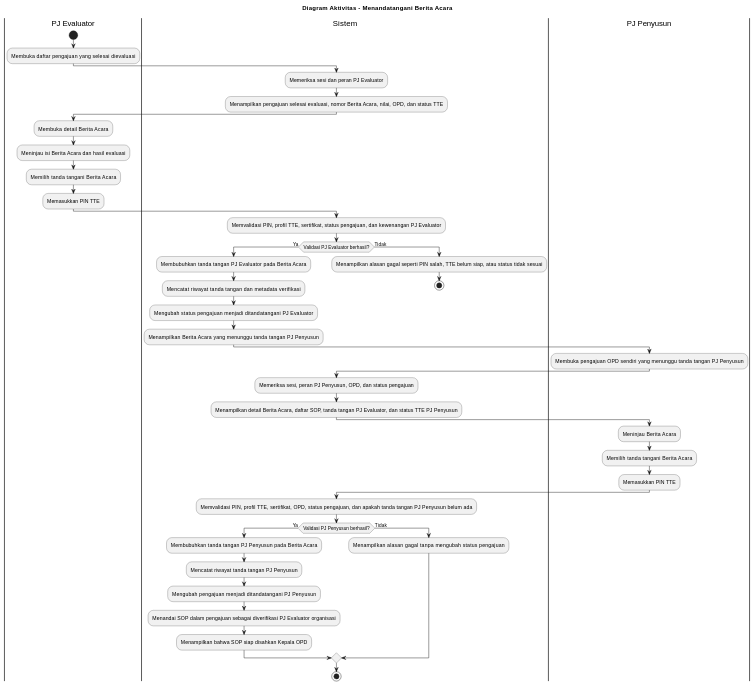
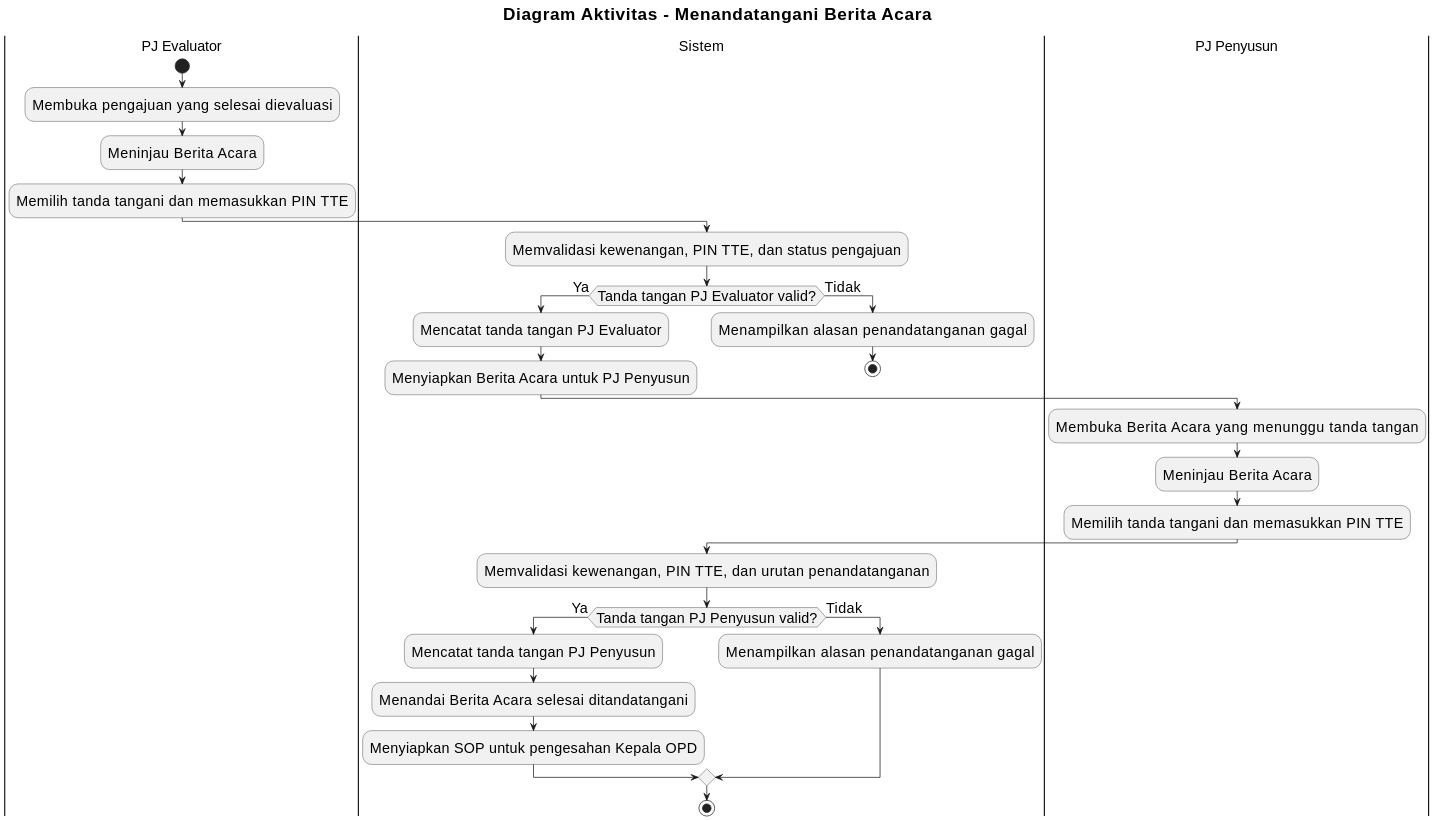
One commit to howlil/sop-generate-app changed the diagram in docs/activity-diagram/pj-evaluator-pj-penyusun-menandatangani-berita-acara.md. Above: the diagram before and after it, drawn with PlantUML. The commit also changed other lines of this file and 20 other files, not shown here.

Commit message:
docs(activity): align all activity diagrams with use cases

````diff
--- a/docs/activity-diagram/pj-evaluator-pj-penyusun-menandatangani-berita-acara.md
+++ b/docs/activity-diagram/pj-evaluator-pj-penyusun-menandatangani-berita-acara.md
@@ -16,59 +16,45 @@
 ```plantuml
 @startuml
+skinparam defaultFontSize 20
+skinparam titleFontSize 24
+skinparam dpi 160
+
 title Diagram Aktivitas - Menandatangani Berita Acara
 
 |PJ Evaluator|
 start
-:Membuka daftar pengajuan yang selesai dievaluasi;
+:Membuka pengajuan yang selesai dievaluasi;
+:Meninjau Berita Acara;
+:Memilih tanda tangani dan memasukkan PIN TTE;
 
 |Sistem|
-:Memeriksa sesi dan peran PJ Evaluator;
-:Menampilkan pengajuan selesai evaluasi, nomor Berita Acara, nilai, OPD, dan status TTE;
+:Memvalidasi kewenangan, PIN TTE, dan status pengajuan;
 
-|PJ Evaluator|
-:Membuka detail Berita Acara;
-:Meninjau isi Berita Acara dan hasil evaluasi;
-:Memilih tanda tangani Berita Acara;
-:Memasukkan PIN TTE;
-
-|Sistem|
-:Memvalidasi PIN, profil TTE, sertifikat, status pengajuan, dan kewenangan PJ Evaluator;
-
-if (Validasi PJ Evaluator berhasil?) then (Ya)
-  :Membubuhkan tanda tangan PJ Evaluator pada Berita Acara;
-  :Mencatat riwayat tanda tangan dan metadata verifikasi;
-  :Mengubah status pengajuan menjadi ditandatangani PJ Evaluator;
-  :Menampilkan Berita Acara yang menunggu tanda tangan PJ Penyusun;
+if (Tanda tangan PJ Evaluator valid?) then (Ya)
+  :Mencatat tanda tangan PJ Evaluator;
+  :Menyiapkan Berita Acara untuk PJ Penyusun;
 else (Tidak)
-  :Menampilkan alasan gagal seperti PIN salah, TTE belum siap, atau status tidak sesuai;
+  :Menampilkan alasan penandatanganan gagal;
   stop
 endif
 
 |PJ Penyusun|
-:Membuka pengajuan OPD sendiri yang menunggu tanda tangan PJ Penyusun;
+:Membuka Berita Acara yang menunggu tanda tangan;
+:Meninjau Berita Acara;
+:Memilih tanda tangani dan memasukkan PIN TTE;
 
 |Sistem|
-:Memeriksa sesi, peran PJ Penyusun, OPD, dan status pengajuan;
-:Menampilkan detail Berita Acara, daftar SOP, tanda tangan PJ Evaluator, dan status TTE PJ Penyusun;
+:Memvalidasi kewenangan, PIN TTE, dan urutan penandatanganan;
 
-|PJ Penyusun|
-:Meninjau Berita Acara;
-:Memilih tanda tangani Berita Acara;
-:Memasukkan PIN TTE;
-
-|Sistem|
-:Memvalidasi PIN, profil TTE, sertifikat, OPD, status pengajuan, dan apakah tanda tangan PJ Penyusun belum ada;
-
-if (Validasi PJ Penyusun berhasil?) then (Ya)
-  :Membubuhkan tanda tangan PJ Penyusun pada Berita Acara;
-  :Mencatat riwayat tanda tangan PJ Penyusun;
-  :Mengubah pengajuan menjadi ditandatangani PJ Penyusun;
-  :Menandai SOP dalam pengajuan sebagai diverifikasi PJ Evaluator organisasi;
-  :Menampilkan bahwa SOP siap disahkan Kepala OPD;
+if (Tanda tangan PJ Penyusun valid?) then (Ya)
+  :Mencatat tanda tangan PJ Penyusun;
+  :Menandai Berita Acara selesai ditandatangani;
+  :Menyiapkan SOP untuk pengesahan Kepala OPD;
 else (Tidak)
-  :Menampilkan alasan gagal tanpa mengubah status pengajuan;
+  :Menampilkan alasan penandatanganan gagal;
 endif
 
 stop
+
 @enduml
 ```
````
